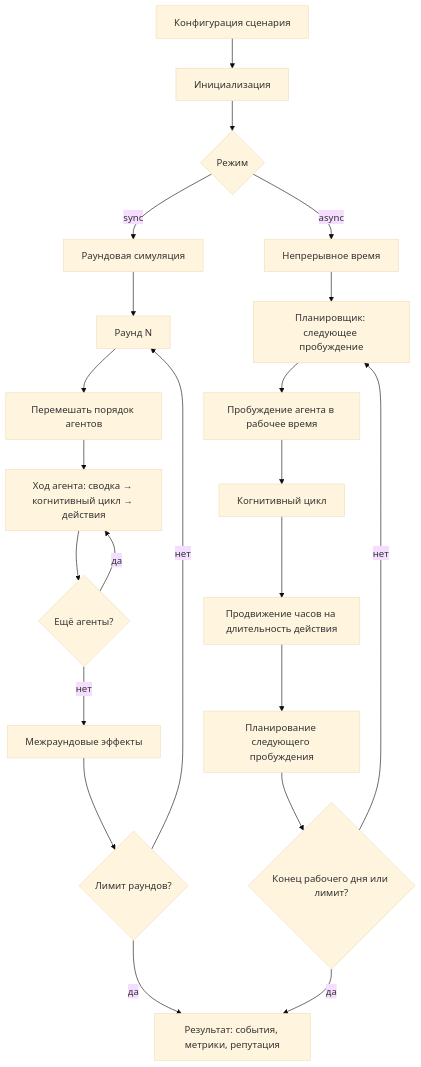
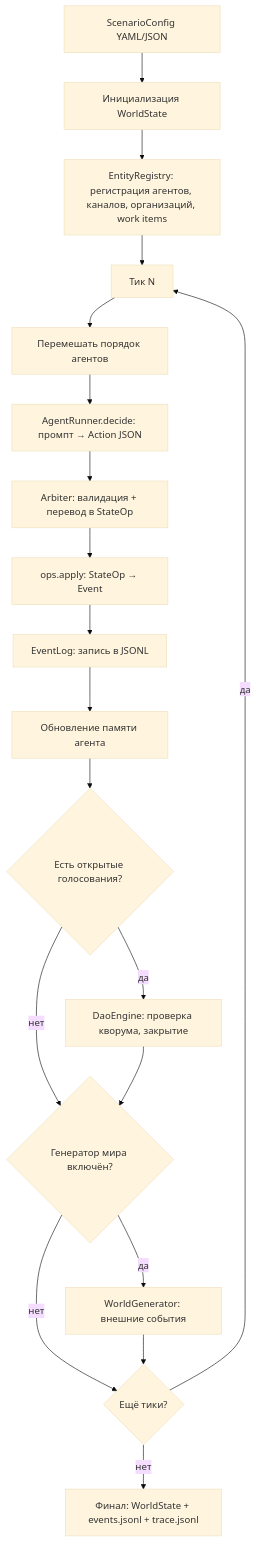
The diagram in docs/simulation_engine.md (gliseop/SPHERE), drawn with Mermaid (base theme) before and after one commit. The commit also changed other lines of this file and 9 other files, not shown here.

````diff
--- a/docs/simulation_engine.md
+++ b/docs/simulation_engine.md
@@ -7,28 +7,26 @@
 ```mermaid
 flowchart TD
-    CFG[Конфигурация сценария] --> INIT[Инициализация]
-    INIT --> MODE{Режим}
-    MODE -->|sync| SYNC[Раундовая симуляция]
-    MODE -->|async| ASYNC[Непрерывное время]
+    CFG[ScenarioConfig YAML/JSON] --> INIT[Инициализация WorldState]
+    INIT --> REG[EntityRegistry: регистрация агентов, каналов, организаций, work items]
+    REG --> TICK[Тик N]
 
-    SYNC --> ROUND[Раунд N]
-    ROUND --> SHUFFLE[Перемешать порядок агентов]
-    SHUFFLE --> TURN[Ход агента: сводка → когнитивный цикл → действия]
-    TURN --> NEXT{Ещё агенты?}
-    NEXT -->|да| TURN
-    NEXT -->|нет| EFFECTS[Межраундовые эффекты]
-    EFFECTS --> DONE{Лимит раундов?}
-    DONE -->|нет| ROUND
-    DONE -->|да| RESULT
+    TICK --> SHUFFLE[Перемешать порядок агентов]
+    SHUFFLE --> DECIDE[AgentRunner.decide: промпт → Action JSON]
+    DECIDE --> ARBITER[Arbiter: валидация + перевод в StateOp]
+    ARBITER --> APPLY[ops.apply: StateOp → Event]
+    APPLY --> LOG[EventLog: запись в JSONL]
+    LOG --> MEM[Обновление памяти агента]
 
-    ASYNC --> SCHED[Планировщик: следующее пробуждение]
-    SCHED --> WAKE[Пробуждение агента в рабочее время]
-    WAKE --> COG[Когнитивный цикл]
-    COG --> DURATION[Продвижение часов на длительность действия]
-    DURATION --> RESCHED[Планирование следующего пробуждения]
-    RESCHED --> ACHECK{Конец рабочего дня или лимит?}
-    ACHECK -->|нет| SCHED
-    ACHECK -->|да| RESULT
+    MEM --> DAO{Есть открытые голосования?}
+    DAO -->|да| CLOSE[DaoEngine: проверка кворума, закрытие]
+    DAO -->|нет| WGEN
+    CLOSE --> WGEN
 
-    RESULT[Результат: события, метрики, репутация]
+    WGEN{Генератор мира включён?}
+    WGEN -->|да| WGEVT[WorldGenerator: внешние события]
+    WGEN -->|нет| NEXT
+
+    WGEVT --> NEXT{Ещё тики?}
+    NEXT -->|да| TICK
+    NEXT -->|нет| RESULT[Финал: WorldState + events.jsonl + trace.jsonl]
 ```
````
